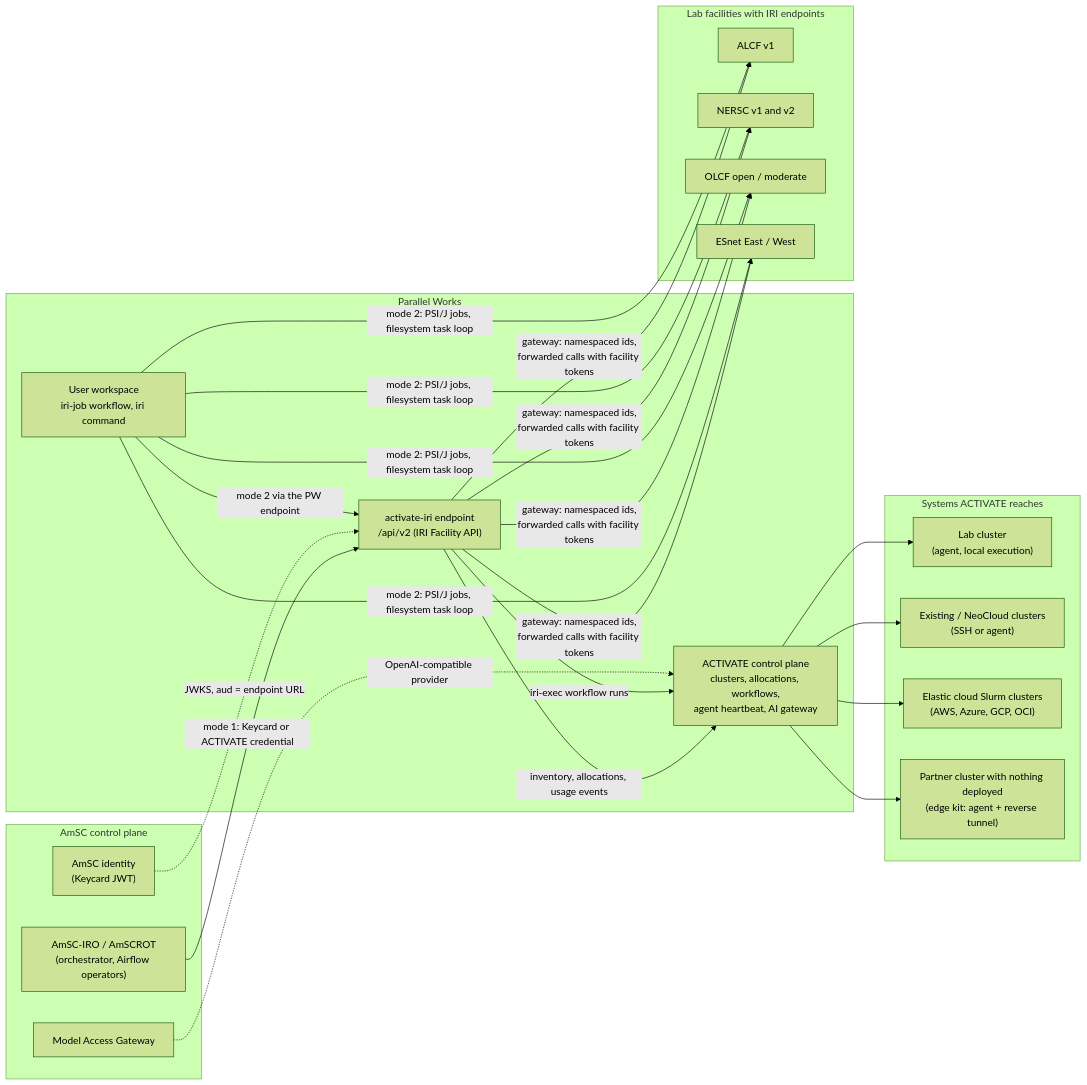
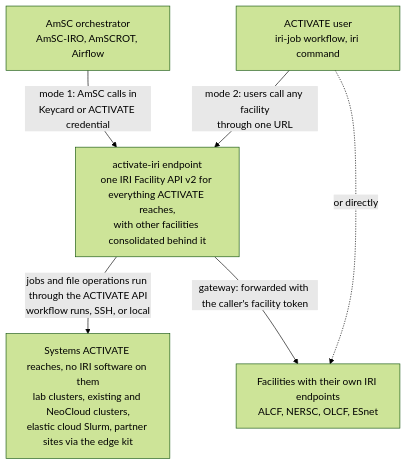
The first of 12 diagrams in docs/ARCHITECTURE.md (parallelworks/activate-iri), drawn with Mermaid (forest theme) before and after one commit. The commit also changed 4 other files, not shown here.

First line of the commit message:
Simplify the overview diagram (#3)

````diff
--- a/docs/ARCHITECTURE.md
+++ b/docs/ARCHITECTURE.md
@@ -7,38 +7,14 @@
 ```mermaid
-flowchart LR
-    subgraph AmSC["AmSC control plane"]
-        IRO["AmSC-IRO / AmSCROT<br/>(orchestrator, Airflow operators)"]
-        PING["AmSC identity<br/>(Keycard JWT)"]
-        MAG["Model Access Gateway"]
-    end
+flowchart TB
+    AMSC["AmSC orchestrator<br/>AmSC-IRO, AmSCROT, Airflow"]
+    USER["ACTIVATE user<br/>iri-job workflow, iri command"]
+    EP["activate-iri endpoint<br/>one IRI Facility API v2 for everything ACTIVATE reaches,<br/>with other facilities consolidated behind it"]
+    SYS["Systems ACTIVATE reaches, no IRI software on them<br/>lab clusters, existing and NeoCloud clusters,<br/>elastic cloud Slurm, partner sites via the edge kit"]
+    LABS["Facilities with their own IRI endpoints<br/>ALCF, NERSC, OLCF, ESnet"]
 
-    subgraph PW["Parallel Works"]
-        EP["activate-iri endpoint<br/>/api/v2 (IRI Facility API)"]
-        CP["ACTIVATE control plane<br/>clusters, allocations, workflows,<br/>agent heartbeat, AI gateway"]
-        WS["User workspace<br/>iri-job workflow, iri command"]
-    end
-
-    subgraph Systems["Systems ACTIVATE reaches"]
-        LAB["Lab cluster<br/>(agent, local execution)"]
-        EXIST["Existing / NeoCloud clusters<br/>(SSH or agent)"]
-        CLOUD["Elastic cloud Slurm clusters<br/>(AWS, Azure, GCP, OCI)"]
-        EDGE["Partner cluster with nothing deployed<br/>(edge kit: agent + reverse tunnel)"]
-    end
-
-    subgraph Labs["Lab facilities with IRI endpoints"]
-        ALCF["ALCF v1"]
-        NERSC["NERSC v1 and v2"]
-        OLCF["OLCF open / moderate"]
-        ESNET["ESnet East / West"]
-    end
-
-    IRO -- "mode 1: Keycard or ACTIVATE credential" --> EP
-    PING -. "JWKS, aud = endpoint URL" .-> EP
-    EP -- "inventory, allocations, usage events" --> CP
-    EP -- "iri-exec workflow runs" --> CP
-    CP --> LAB & EXIST & CLOUD & EDGE
-    EP -- "gateway: namespaced ids,<br/>forwarded calls with facility tokens" --> ALCF & NERSC & OLCF & ESNET
-    WS -- "mode 2: PSI/J jobs, filesystem task loop" --> ALCF & NERSC & OLCF & ESNET
-    WS -- "mode 2 via the PW endpoint" --> EP
-    MAG -. "OpenAI-compatible provider" .-> CP
+    AMSC -- "mode 1: AmSC calls in<br/>Keycard or ACTIVATE credential" --> EP
+    USER -- "mode 2: users call any facility<br/>through one URL" --> EP
+    USER -. "or directly" .-> LABS
+    EP -- "jobs and file operations run through the ACTIVATE API<br/>workflow runs, SSH, or local" --> SYS
+    EP -- "gateway: forwarded with the caller's facility token" --> LABS
 ```
````
